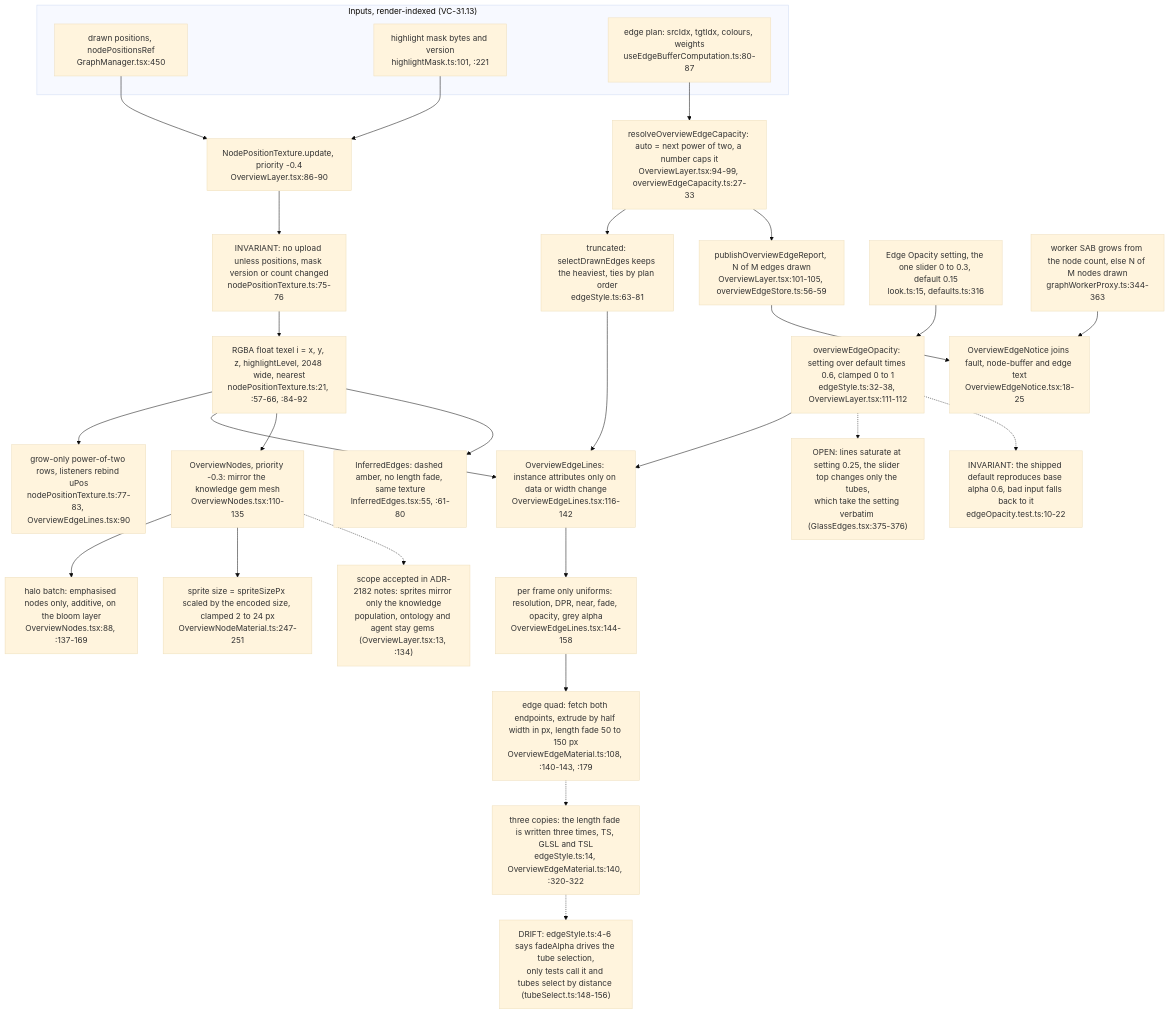
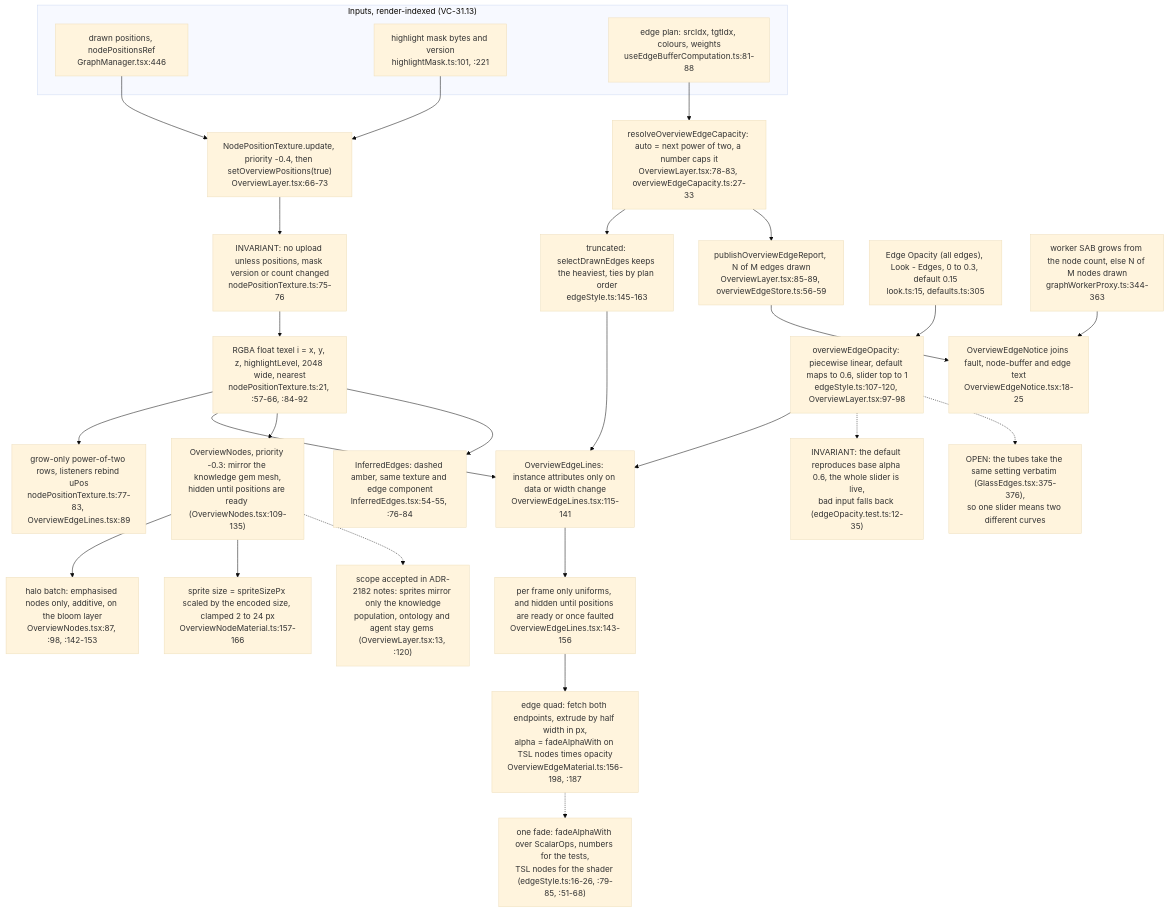
Before and after one commit to DreamLab-AI/VisionFlow: diagram 12 of 15 in docs/diagrams/visionclaw/31-client-graph-render-pipeline.md, drawn with Mermaid (base theme). The commit also changed other lines of this file and 46 other files, not shown here.

Commit message:
docs(diagrams): re-verify VisionClaw topics at 809a859aa/a950f4d80 after the consolidation pass

````diff
--- a/docs/diagrams/visionclaw/31-client-graph-render-pipeline.md
+++ b/docs/diagrams/visionclaw/31-client-graph-render-pipeline.md
@@ -677,33 +676,32 @@
 ```mermaid
 flowchart TB
     subgraph SRC["Inputs, render-indexed (VC-31.13)"]
-        DRAWN["drawn positions, nodePositionsRef<br/>GraphManager.tsx:450"]
+        DRAWN["drawn positions, nodePositionsRef<br/>GraphManager.tsx:446"]
         MASK["highlight mask bytes and version<br/>highlightMask.ts:101, :221"]
-        PLAN["edge plan: srcIdx, tgtIdx, colours, weights<br/>useEdgeBufferComputation.ts:80-87"]
+        PLAN["edge plan: srcIdx, tgtIdx, colours, weights<br/>useEdgeBufferComputation.ts:81-88"]
     end
-    DRAWN --> TEX["NodePositionTexture.update, priority -0.4<br/>OverviewLayer.tsx:86-90"]
+    DRAWN --> TEX["NodePositionTexture.update, priority -0.4, then setOverviewPositions(true)<br/>OverviewLayer.tsx:66-73"]
     MASK --> TEX
     TEX --> SKIP["INVARIANT: no upload unless positions, mask version or count changed<br/>nodePositionTexture.ts:75-76"]
     SKIP --> FILL["RGBA float texel i = x, y, z, highlightLevel, 2048 wide, nearest<br/>nodePositionTexture.ts:21, :57-66, :84-92"]
-    FILL --> GROW["grow-only power-of-two rows, listeners rebind uPos<br/>nodePositionTexture.ts:77-83, OverviewEdgeLines.tsx:90"]
-    PLAN --> CAPN["resolveOverviewEdgeCapacity: auto = next power of two, a number caps it<br/>OverviewLayer.tsx:94-99, overviewEdgeCapacity.ts:27-33"]
-    CAPN --> PICK["truncated: selectDrawnEdges keeps the heaviest, ties by plan order<br/>edgeStyle.ts:63-81"]
-    CAPN --> REP["publishOverviewEdgeReport, N of M edges drawn<br/>OverviewLayer.tsx:101-105, overviewEdgeStore.ts:56-59"]
-    PICK --> EL["OverviewEdgeLines: instance attributes only on data or width change<br/>OverviewEdgeLines.tsx:116-142"]
+    FILL --> GROW["grow-only power-of-two rows, listeners rebind uPos<br/>nodePositionTexture.ts:77-83, OverviewEdgeLines.tsx:89"]
+    PLAN --> CAPN["resolveOverviewEdgeCapacity: auto = next power of two, a number caps it<br/>OverviewLayer.tsx:78-83, overviewEdgeCapacity.ts:27-33"]
+    CAPN --> PICK["truncated: selectDrawnEdges keeps the heaviest, ties by plan order<br/>edgeStyle.ts:145-163"]
+    CAPN --> REP["publishOverviewEdgeReport, N of M edges drawn<br/>OverviewLayer.tsx:85-89, overviewEdgeStore.ts:56-59"]
+    PICK --> EL["OverviewEdgeLines: instance attributes only on data or width change<br/>OverviewEdgeLines.tsx:115-141"]
     FILL --> EL
-    SET["Edge Opacity setting, the one slider 0 to 0.3, default 0.15<br/>look.ts:15, defaults.ts:316"] --> OPA["overviewEdgeOpacity: setting over default times 0.6, clamped 0 to 1<br/>edgeStyle.ts:32-38, OverviewLayer.tsx:111-112"]
+    SET["Edge Opacity (all edges), Look - Edges, 0 to 0.3, default 0.15<br/>look.ts:15, defaults.ts:305"] --> OPA["overviewEdgeOpacity: piecewise linear, default maps to 0.6, slider top to 1<br/>edgeStyle.ts:107-120, OverviewLayer.tsx:97-98"]
     OPA --> EL
-    OPA -.-> O2["OPEN: lines saturate at setting 0.25, the slider top changes only the tubes,<br/>which take the setting verbatim (GlassEdges.tsx:375-376)"]
-    OPA -.-> I2["INVARIANT: the shipped default reproduces base alpha 0.6, bad input falls back to it<br/>edgeOpacity.test.ts:10-22"]
-    EL --> EUN["per frame only uniforms: resolution, DPR, near, fade, opacity, grey alpha<br/>OverviewEdgeLines.tsx:144-158"]
-    EUN --> EMAT["edge quad: fetch both endpoints, extrude by half width in px, length fade 50 to 150 px<br/>OverviewEdgeMaterial.ts:108, :140-143, :179"]
-    FILL --> NODES["OverviewNodes, priority -0.3: mirror the knowledge gem mesh<br/>OverviewNodes.tsx:110-135"]
-    NODES --> HALO["halo batch: emphasised nodes only, additive, on the bloom layer<br/>OverviewNodes.tsx:88, :137-169"]
-    NODES --> NMAT["sprite size = spriteSizePx scaled by the encoded size, clamped 2 to 24 px<br/>OverviewNodeMaterial.ts:247-251"]
-    FILL --> INF["InferredEdges: dashed amber, no length fade, same texture<br/>InferredEdges.tsx:55, :61-80"]
+    OPA -.-> I2["INVARIANT: the default reproduces base alpha 0.6, the whole slider is live,<br/>bad input falls back (edgeOpacity.test.ts:12-35)"]
+    EL --> EUN["per frame only uniforms, and hidden until positions are ready or once faulted<br/>OverviewEdgeLines.tsx:143-156"]
+    EUN --> EMAT["edge quad: fetch both endpoints, extrude by half width in px,<br/>alpha = fadeAlphaWith on TSL nodes times opacity<br/>OverviewEdgeMaterial.ts:156-198, :187"]
+    EMAT -.-> ONE["one fade: fadeAlphaWith over ScalarOps, numbers for the tests,<br/>TSL nodes for the shader (edgeStyle.ts:16-26, :79-85, :51-68)"]
+    FILL --> NODES["OverviewNodes, priority -0.3: mirror the knowledge gem mesh,<br/>hidden until positions are ready (OverviewNodes.tsx:109-135)"]
+    NODES --> HALO["halo batch: emphasised nodes only, additive, on the bloom layer<br/>OverviewNodes.tsx:87, :98, :142-153"]
+    NODES --> NMAT["sprite size = spriteSizePx scaled by the encoded size, clamped 2 to 24 px<br/>OverviewNodeMaterial.ts:157-166"]
+    FILL --> INF["InferredEdges: dashed amber, same texture and edge component<br/>InferredEdges.tsx:54-55, :76-84"]
     REP --> NOTICE["OverviewEdgeNotice joins fault, node-buffer and edge text<br/>OverviewEdgeNotice.tsx:18-25"]
     WRK["worker SAB grows from the node count, else N of M nodes drawn<br/>graphWorkerProxy.ts:344-363"] --> NOTICE
-    EMAT -.-> D1["three copies: the length fade is written three times, TS, GLSL and TSL<br/>edgeStyle.ts:14, OverviewEdgeMaterial.ts:140, :320-322"]
-    D1 -.-> D2["DRIFT: edgeStyle.ts:4-6 says fadeAlpha drives the tube selection,<br/>only tests call it and tubes select by distance (tubeSelect.ts:148-156)"]
-    NODES -.-> O1["scope accepted in ADR-2182 notes: sprites mirror only the knowledge<br/>population, ontology and agent stay gems (OverviewLayer.tsx:13, :134)"]
+    NODES -.-> O1["scope accepted in ADR-2182 notes: sprites mirror only the knowledge<br/>population, ontology and agent stay gems (OverviewLayer.tsx:13, :120)"]
+    OPA -.-> O2["OPEN: the tubes take the same setting verbatim (GlassEdges.tsx:375-376),<br/>so one slider means two different curves"]
 ```
````
